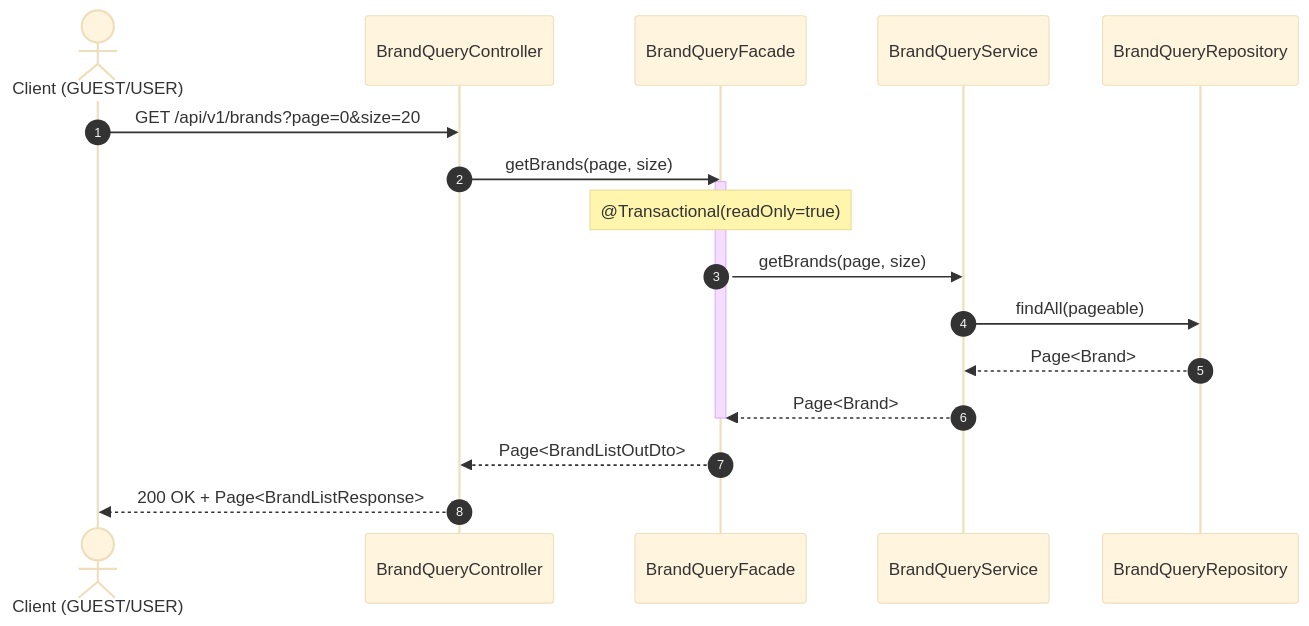
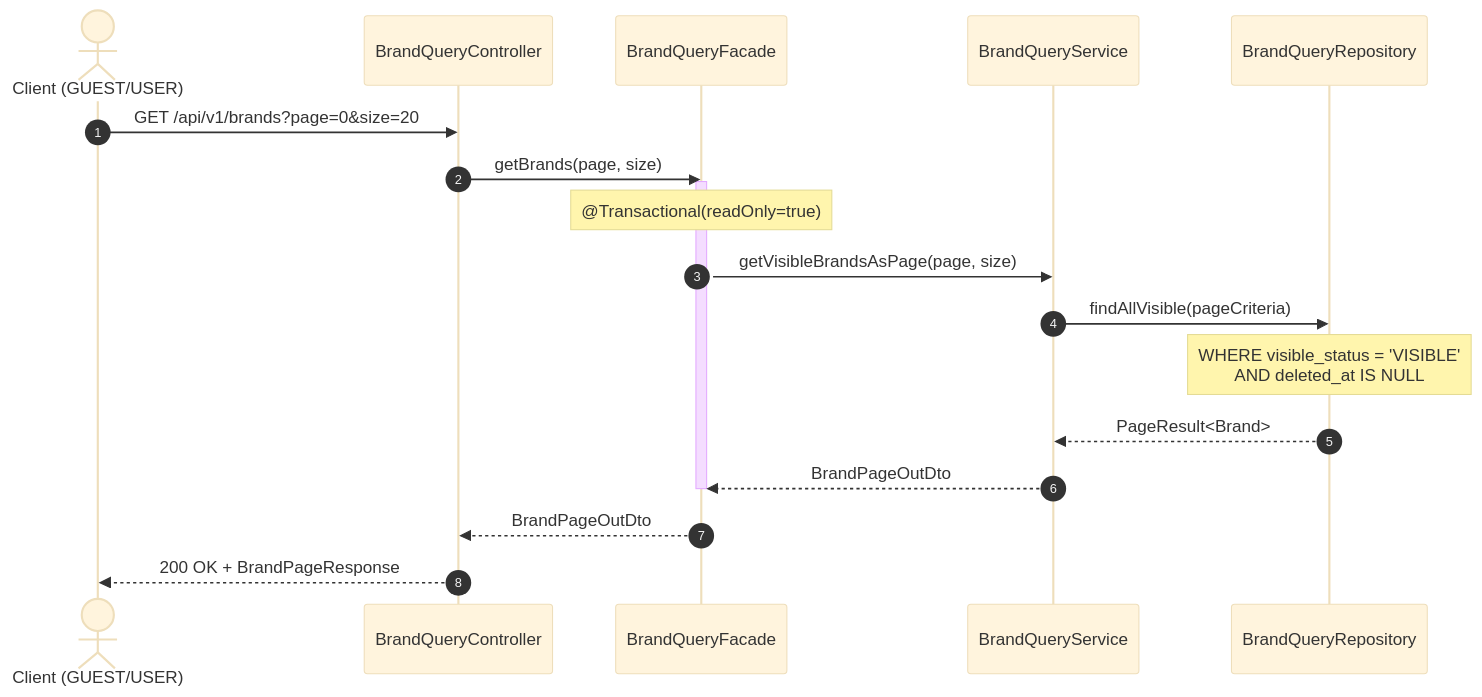
Before and after one commit to Hwan0518/loop-pack-be-l2-vol3-java: the first of 30 diagrams in docs/design/02-sequence-diagrams.md, drawn with Mermaid (base theme). The commit also changed other lines of this file and 474 other files, not shown here.

````diff
--- a/docs/design/02-sequence-diagrams.md
+++ b/docs/design/02-sequence-diagrams.md
@@ -154,21 +162,22 @@
 ```mermaid
 sequenceDiagram
     autonumber
     actor Client as Client (GUEST/USER)
     participant Controller as BrandQueryController
     participant Facade as BrandQueryFacade
     participant Service as BrandQueryService
     participant Repository as BrandQueryRepository
 
     Client->>Controller: GET /api/v1/brands?page=0&size=20
     Controller->>Facade: getBrands(page, size)
     activate Facade
     Note over Facade: @Transactional(readOnly=true)
-    Facade->>Service: getBrands(page, size)
-    Service->>Repository: findAll(pageable)
-    Repository-->>Service: Page<Brand>
-    Service-->>Facade: Page<Brand>
+    Facade->>Service: getVisibleBrandsAsPage(page, size)
+    Service->>Repository: findAllVisible(pageCriteria)
+    Note over Repository: WHERE visible_status = 'VISIBLE'<br/>AND deleted_at IS NULL
+    Repository-->>Service: PageResult<Brand>
+    Service-->>Facade: BrandPageOutDto
     deactivate Facade
-    Facade-->>Controller: Page<BrandListOutDto>
-    Controller-->>Client: 200 OK + Page<BrandListResponse>
+    Facade-->>Controller: BrandPageOutDto
+    Controller-->>Client: 200 OK + BrandPageResponse
 ```
````
